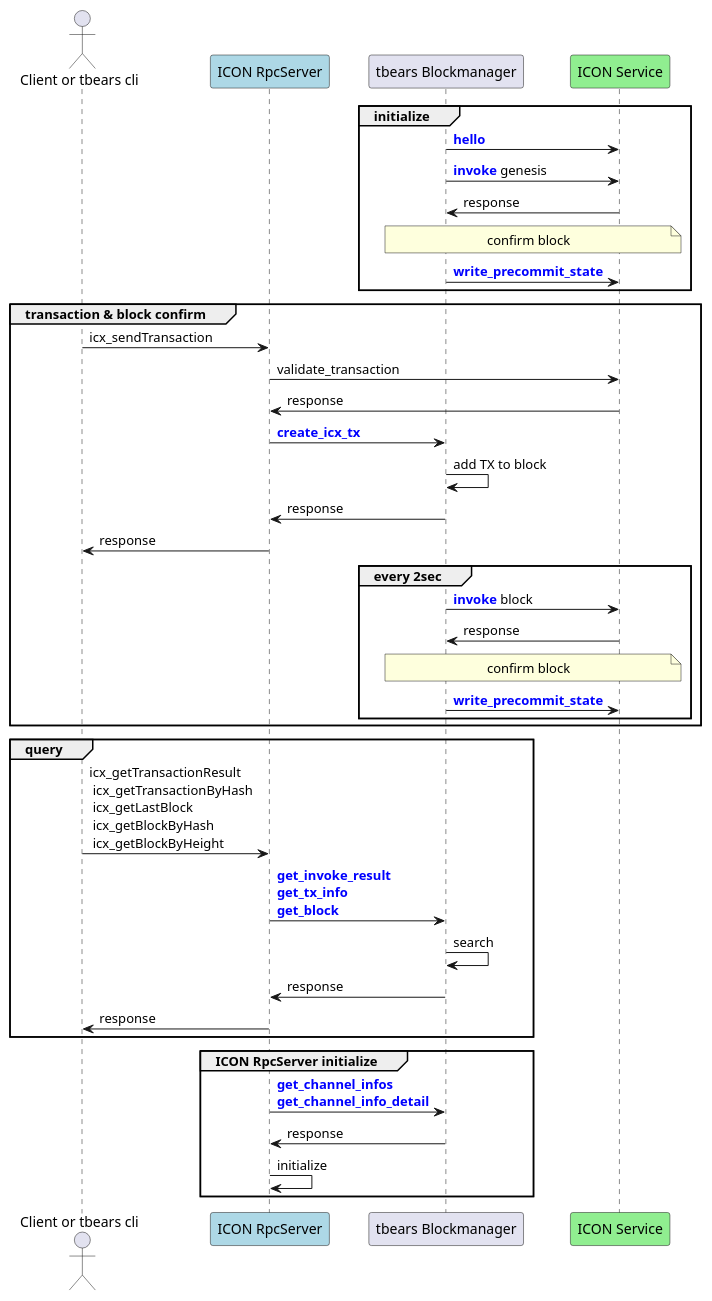
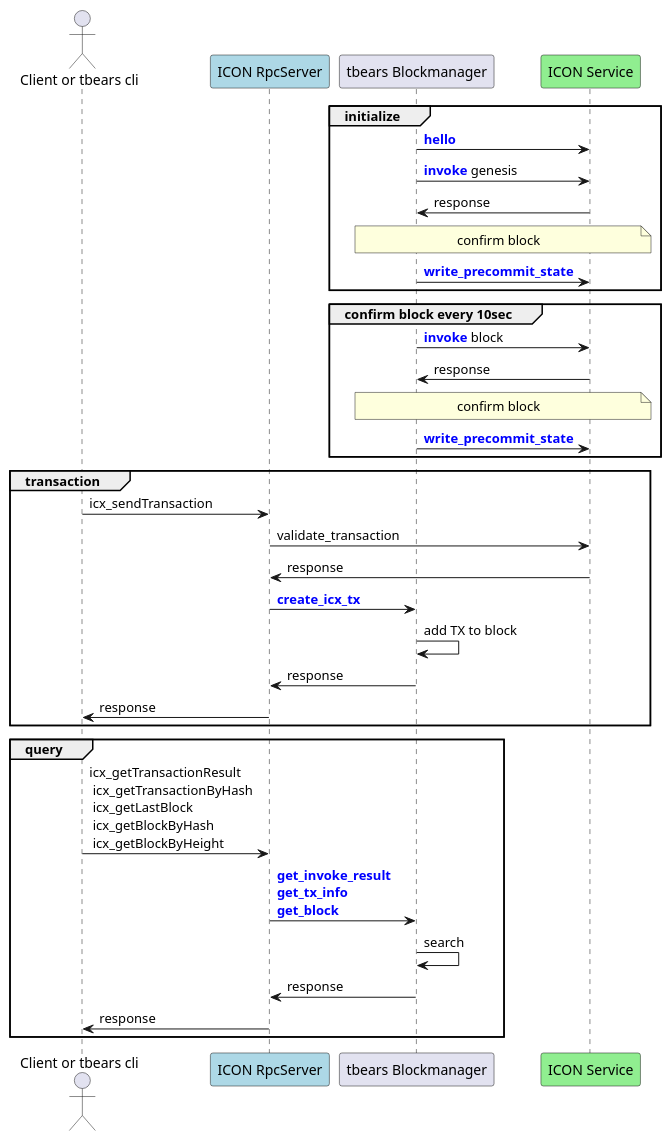
The diagram in docs/tbears_blockmanager.wsd (icon-project/t-bears), drawn with PlantUML before and after one commit. The commit also changed 10 other files, not shown here.

Commit message:
Modify transaction queue to use dictionary not tuple (#98) Modify confirm_block() -> process_block_data() and process_block_data() call _invoke_block(), _confirm_block() Modify Block() constructor not to get IconConfig parameter Fix unittest error

```diff
--- a/docs/tbears_blockmanager.wsd
+++ b/docs/tbears_blockmanager.wsd
@@ -1,52 +1,45 @@
 @startuml tbears blockmanager work flow
 
 actor "Client or tbears cli" as client
 participant "ICON RpcServer" as rpcserver #lightblue
 participant "tbears Blockmanager" as blockmanager
 participant "ICON Service" as icon #lightgreen
 
 group initialize
 blockmanager -> icon : <font color=blue><b>hello
 blockmanager -> icon : <font color=blue><b>invoke</b></font> genesis
 icon -> blockmanager : response
 note over blockmanager, icon: confirm block
 blockmanager -> icon : <font color=blue><b>write_precommit_state
 end
 
-group transaction & block confirm
+group confirm block every 10sec
+blockmanager -> icon : <font color=blue><b>invoke</b></font> block
+icon -> blockmanager : response
+note over blockmanager, icon: confirm block
+blockmanager -> icon : <font color=blue><b>write_precommit_state
+end
+
+group transaction
 
 client -> rpcserver: icx_sendTransaction
 rpcserver -> icon : validate_transaction
 icon -> rpcserver : response
 rpcserver -> blockmanager : <font color=blue><b>create_icx_tx
 blockmanager -> blockmanager : add TX to block
 blockmanager -> rpcserver : response
 rpcserver -> client : response
-
-group every 2sec
-blockmanager -> icon : <font color=blue><b>invoke</b></font> block
-icon -> blockmanager : response
-note over blockmanager, icon: confirm block
-blockmanager -> icon : <font color=blue><b>write_precommit_state
-end
 
 end
 
 group query
 
 client -> rpcserver: icx_getTransactionResult\n icx_getTransactionByHash\n icx_getLastBlock\n icx_getBlockByHash\n icx_getBlockByHeight
 rpcserver -> blockmanager : <font color=blue><b>get_invoke_result\n<font color=blue><b>get_tx_info\n<font color=blue><b>get_block
 blockmanager -> blockmanager : search
 blockmanager -> rpcserver : response
 rpcserver -> client : response
 
 end
 
-group ICON RpcServer initialize
-
-rpcserver -> blockmanager : <font color=blue><b>get_channel_infos\n<font color=blue><b>get_channel_info_detail
-blockmanager -> rpcserver : response
-rpcserver -> rpcserver : initialize
-end
-
 @enduml
```
